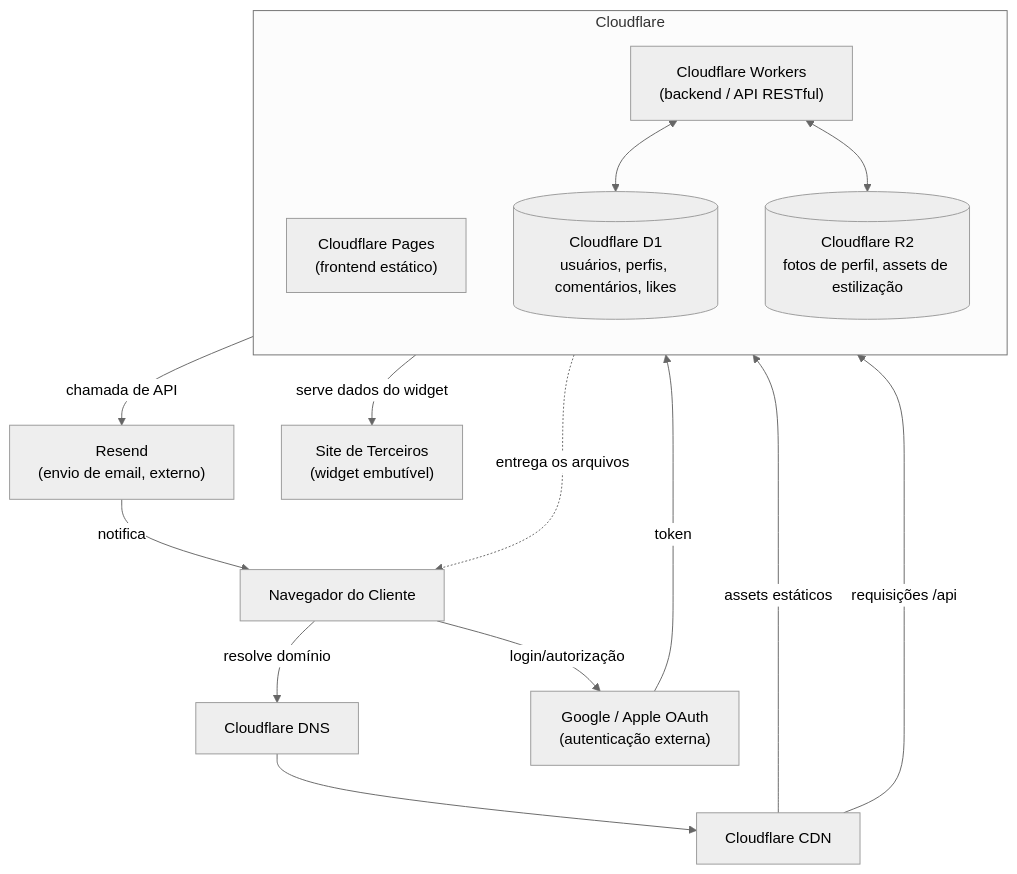
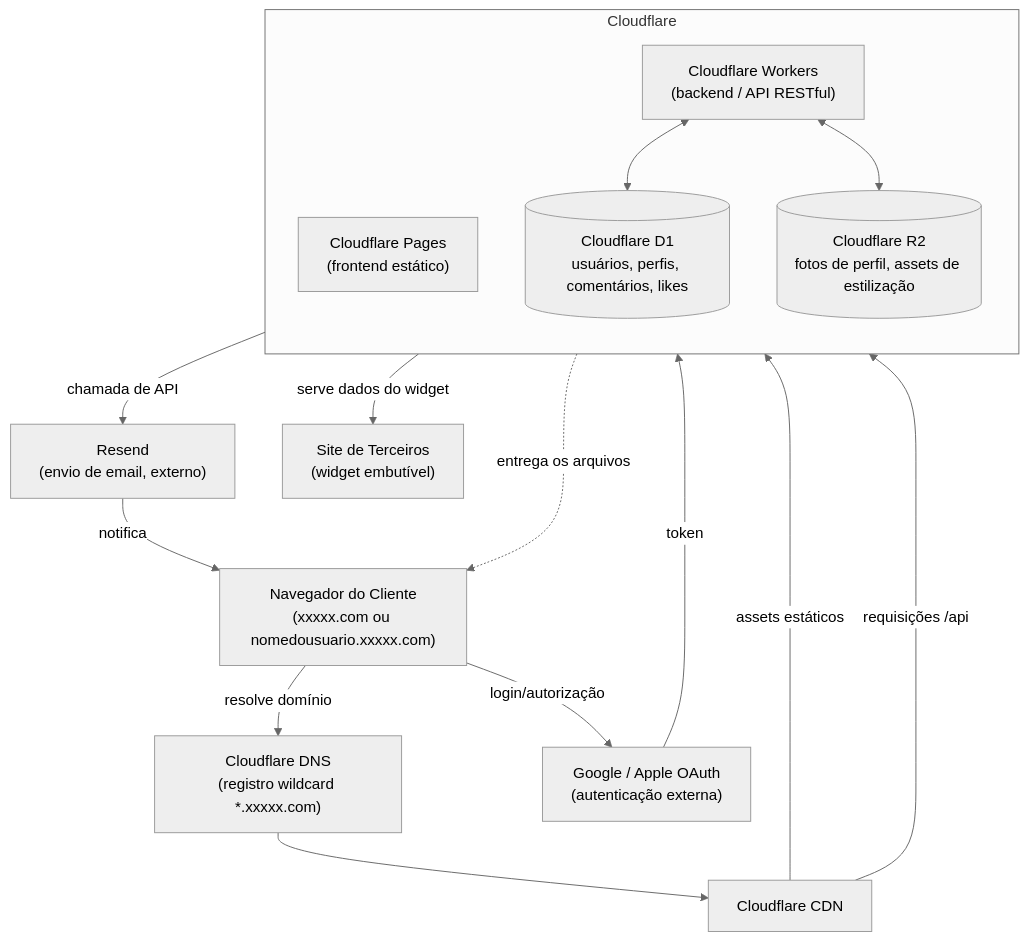
The diagram in docs/diagrama_de_blocos.md (MineGuestBook/GuestBook), drawn with Mermaid (neutral theme) before and after one commit.

Commit message:
Improve labels in Cloudflare block diagram
Updated client and DNS labels in the diagram for clarity.

````diff
--- a/docs/diagrama_de_blocos.md
+++ b/docs/diagrama_de_blocos.md
@@ -5,36 +5,36 @@
 ```mermaid
 flowchart TB
-    Client["Navegador do Cliente"]
+    Client["Navegador do Cliente<br/>(xxxxx.com ou nomedousuario.xxxxx.com)"]
 
-    DNS["Cloudflare DNS"]
+    DNS["Cloudflare DNS<br/>(registro wildcard *.xxxxx.com)"]
     CDN["Cloudflare CDN"]
 
     subgraph Cloudflare["Cloudflare"]
         direction TB
 
         Pages["Cloudflare Pages<br/>(frontend estático)"]
         Workers["Cloudflare Workers<br/>(backend / API RESTful)"]
         D1[("Cloudflare D1<br/>usuários, perfis, comentários, likes")]
         R2[("Cloudflare R2<br/>fotos de perfil, assets de estilização")]
     end
 
     OAuth["Google / Apple OAuth<br/>(autenticação externa)"]
     Resend["Resend<br/>(envio de email, externo)"]
     ThirdPartySite["Site de Terceiros<br/>(widget embutível)"]
 
     Client -->|resolve domínio| DNS
     DNS --> CDN
     CDN -->|assets estáticos| Pages
     CDN -->|requisições /api| Workers
 
     Pages -.->|entrega os arquivos| Client
     Workers <--> D1
     Workers <--> R2
     Workers -->|chamada de API| Resend
     Resend -->|notifica| Client
 
     Client -->|login/autorização| OAuth
     OAuth -->|token| Workers
 
     Workers -->|serve dados do widget| ThirdPartySite
 ```
````
